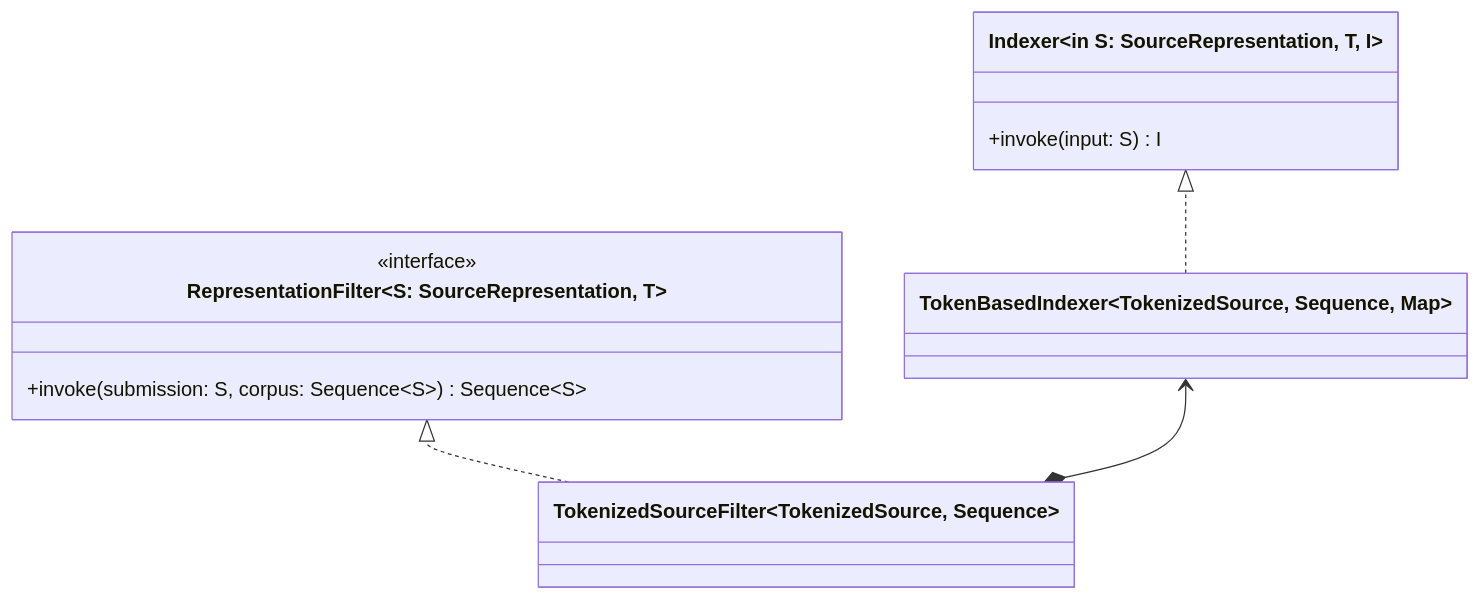
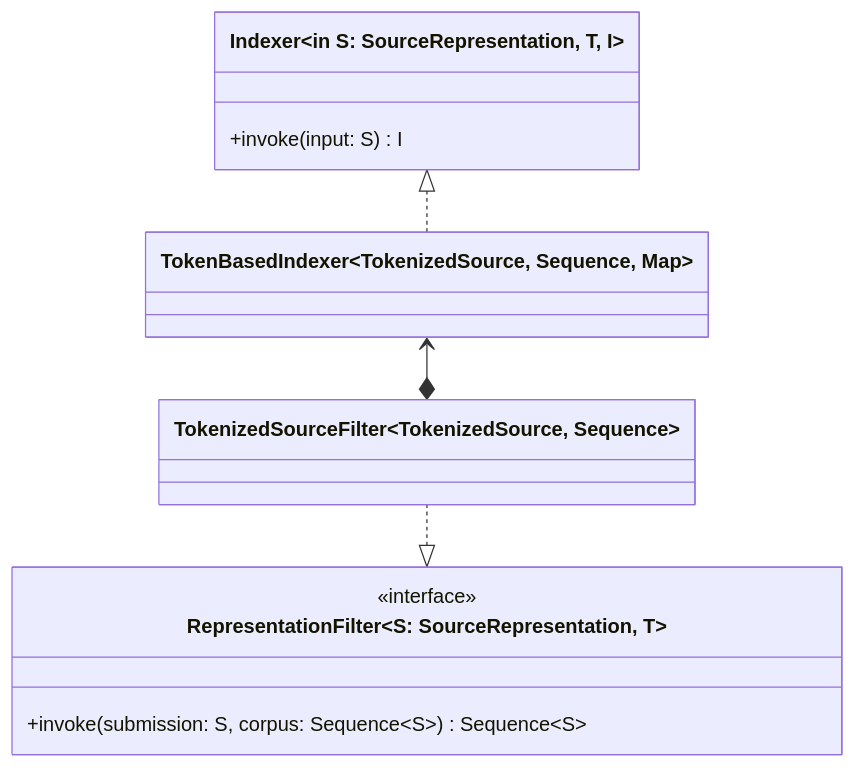
One commit to tassiLuca/code-plagiarism-detector-doc changed the eighth of 12 diagrams in doc.md. Above: the diagram before and after it, drawn with Mermaid. The commit also changed other lines of this file, not shown here.

````diff
--- a/doc.md
+++ b/doc.md
@@ -444,18 +440,18 @@
 ```mermaid
 classDiagram
 direction BT
     class RepresentationFilter~S: SourceRepresentation<T>, T~ {
         <<interface>>
         +invoke(submission: S, corpus: Sequence~S~) Sequence~S~
     }
     class TokenizedSourceFilter~TokenizedSource, Sequence<Token>~
-    TokenizedSourceFilter ..|> RepresentationFilter
+    RepresentationFilter <|.. TokenizedSourceFilter
 
     class Indexer~in S: SourceRepresentation<T>, T, I~ {
         +invoke(input: S) I
     }
     class TokenBasedIndexer~TokenizedSource, Sequence<Token>, Map<TokenType, Int>~
     TokenBasedIndexer ..|> Indexer
 
     TokenizedSourceFilter *--> TokenBasedIndexer
 ```
````
